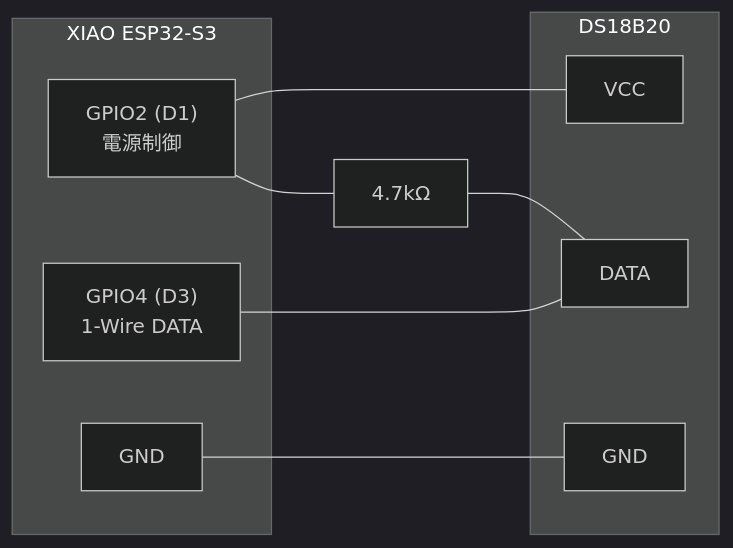
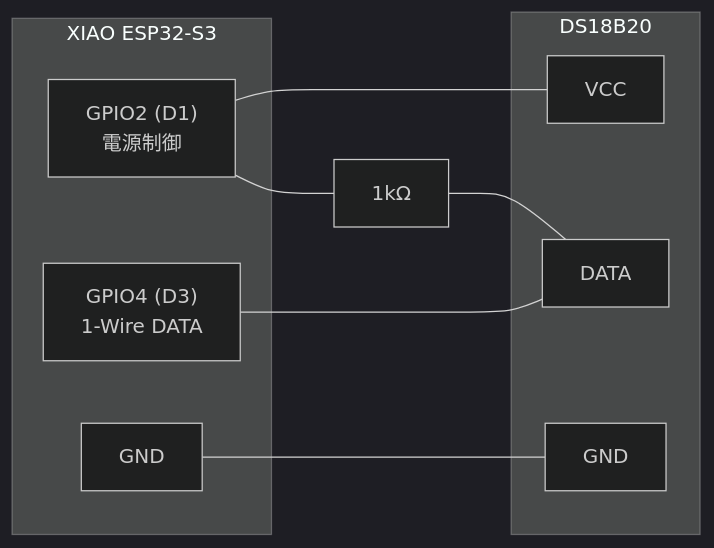
Before and after one commit to junkei-okinawa/FarmVerse: the diagram in devices/xiao_esp32s3_temp_sensor/README.md, drawn with Mermaid (dark theme). The commit also changed other lines of this file, not shown here.

````diff
--- a/devices/xiao_esp32s3_temp_sensor/README.md
+++ b/devices/xiao_esp32s3_temp_sensor/README.md
@@ -32,21 +24,21 @@
 ```mermaid
 graph LR
     subgraph "XIAO ESP32-S3"
-        G2["GPIO2 (D1)\n電源制御"]
-        G4["GPIO4 (D3)\n1-Wire DATA"]
+        G2["GPIO2 (D1)<br>電源制御"]
+        G4["GPIO4 (D3)<br>1-Wire DATA"]
         GND["GND"]
     end
 
     subgraph "DS18B20"
         VCC["VCC"]
         DATA["DATA"]
         DS_GND["GND"]
     end
 
-    R["4.7kΩ"]
+    R["1kΩ"]
 
     G2 --- VCC
     G2 --- R --- DATA
     G4 --- DATA
     GND --- DS_GND
 ```
````
